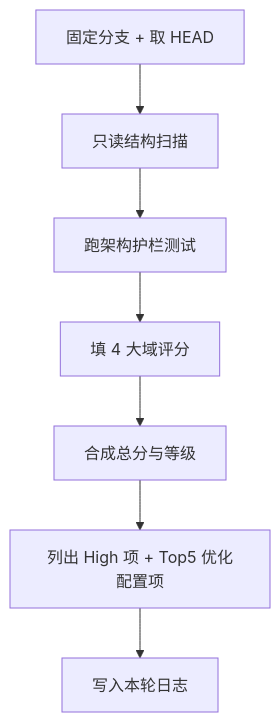
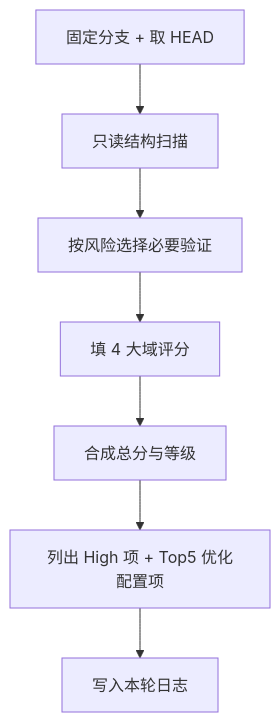
The diagram in docs/features/frontend-health-scorecard.md (scvxzf1/anima_lora_webui), drawn with Mermaid before and after one commit. The commit also changed other lines of this file and 704 other files, not shown here.

````diff
--- a/docs/features/frontend-health-scorecard.md
+++ b/docs/features/frontend-health-scorecard.md
@@ -58,9 +59,9 @@
 ```mermaid
 flowchart TD
   A[固定分支 + 取 HEAD] --> B[只读结构扫描]
-  B --> C[跑架构护栏测试]
+  B --> C[按风险选择必要验证]
   C --> D[填 4 大域评分]
   D --> E[合成总分与等级]
   E --> F[列出 High 项 + Top5 优化配置项]
   F --> G[写入本轮日志]
 ```
````
